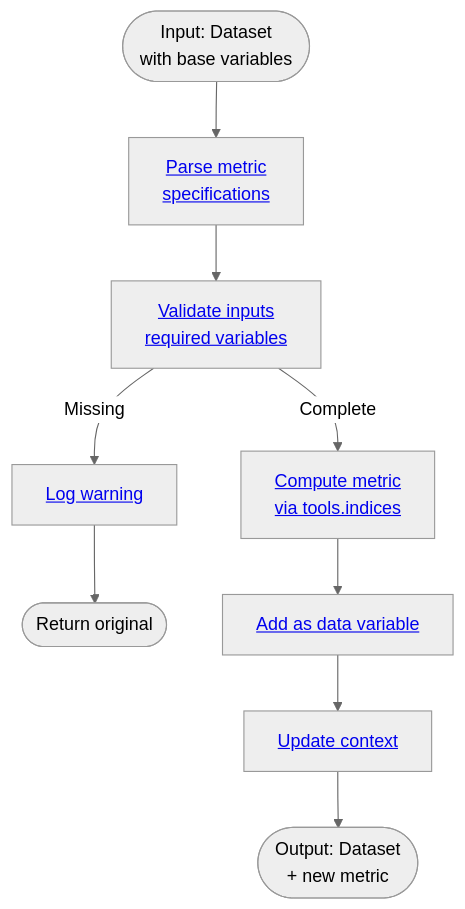
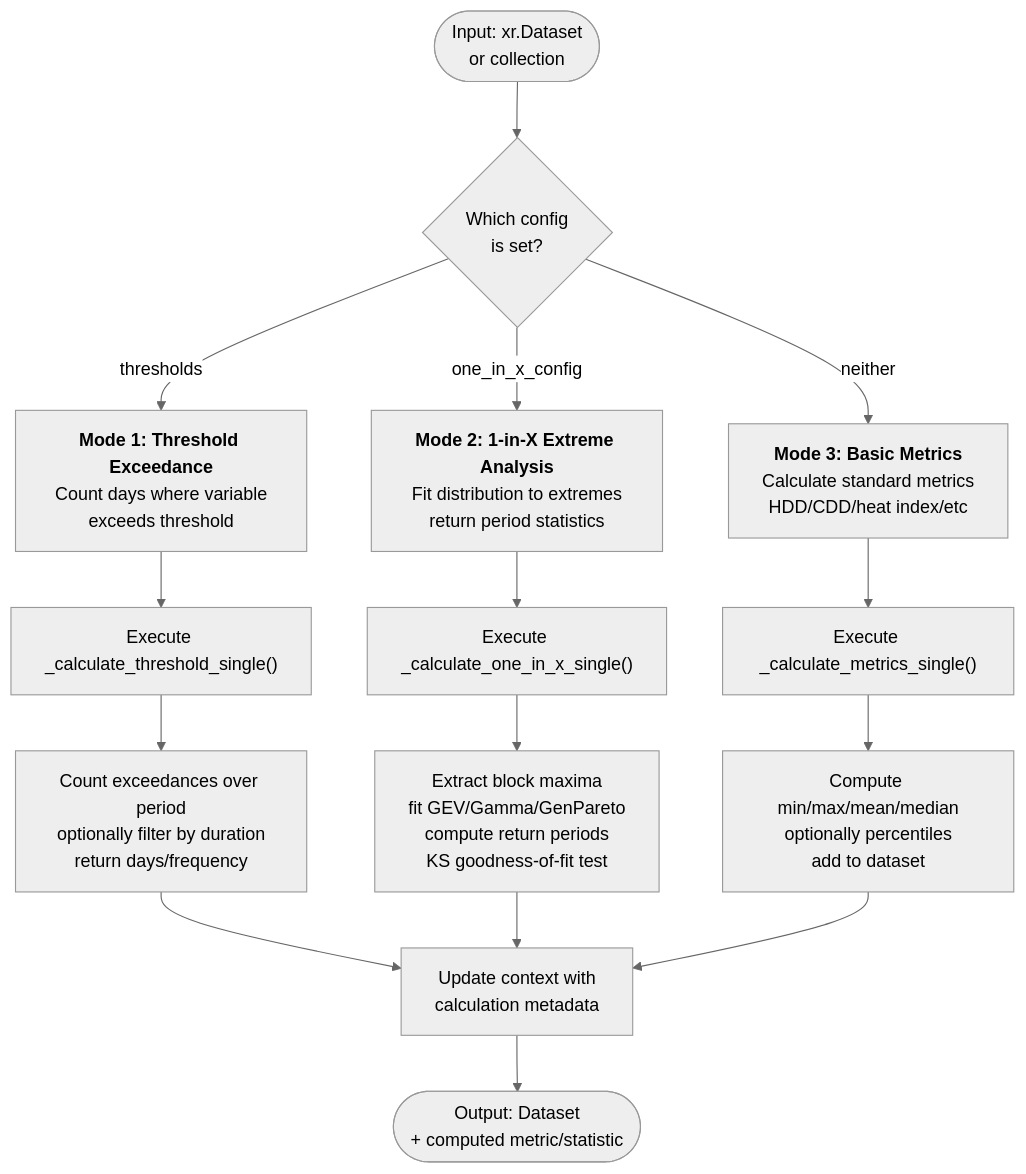
One commit to cal-adapt/climakitae changed the diagram in docs-mkdocs/new-core/processors/metric_calc.md. Above: the diagram before and after it, drawn with Mermaid (neutral theme). The commit also changed other lines of this file and 2 other files, not shown here.

````diff
--- a/docs-mkdocs/new-core/processors/metric_calc.md
+++ b/docs-mkdocs/new-core/processors/metric_calc.md
@@ -9,16 +11,30 @@
 ```mermaid
 flowchart TD
-    Start([Input: Dataset<br/>with base variables]) --> Parse["<a href='https://github.com/cal-adapt/climakitae/blob/main/climakitae/new_core/processors/metric_calc.py#L60'>Parse metric<br/>specifications</a>"]
+    Start([Input: xr.Dataset<br/>or collection]) --> Route{Which config<br/>is set?}
     
-    Parse --> Validate["<a href='https://github.com/cal-adapt/climakitae/blob/main/climakitae/new_core/processors/metric_calc.py#L75'>Validate inputs<br/>required variables</a>"]
+    Route -->|thresholds| ThreshMode["<strong>Mode 1: Threshold Exceedance</strong><br/>Count days where variable<br/>exceeds threshold"]
+    Route -->|one_in_x_config| ExtremeMode["<strong>Mode 2: 1-in-X Extreme Analysis</strong><br/>Fit distribution to extremes<br/>return period statistics"]
+    Route -->|neither| MetricMode["<strong>Mode 3: Basic Metrics</strong><br/>Calculate standard metrics<br/>HDD/CDD/heat index/etc"]
     
-    Validate -->|Missing| Warn["<a href='https://github.com/cal-adapt/climakitae/blob/main/climakitae/new_core/processors/metric_calc.py#L85'>Log warning</a>"]
-    Validate -->|Complete| Compute["<a href='https://github.com/cal-adapt/climakitae/blob/main/climakitae/new_core/processors/metric_calc.py#L95'>Compute metric<br/>via tools.indices</a>"]
+    ThreshMode --> ThreshExec["Execute _calculate_threshold_single()"]
+    ExtremeMode --> ExtremeExec["Execute _calculate_one_in_x_single()"]
+    MetricMode --> MetricExec["Execute _calculate_metrics_single()"]
     
-    Warn --> End1([Return original])
-    Compute --> Add["<a href='https://github.com/cal-adapt/climakitae/blob/main/climakitae/new_core/processors/metric_calc.py#L110'>Add as data variable</a>"]
+    ThreshExec --> ThreshDetail["Count exceedances over period<br/>optionally filter by duration<br/>return days/frequency"]
+    ExtremeExec --> ExtremeDetail["Extract block maxima<br/>fit GEV/Gamma/GenPareto<br/>compute return periods<br/>KS goodness-of-fit test"]
+    MetricExec --> MetricDetail["Compute min/max/mean/median<br/>optionally percentiles<br/>add to dataset"]
     
-    Add --> UpdateCtx["<a href='https://github.com/cal-adapt/climakitae/blob/main/climakitae/new_core/processors/metric_calc.py#L120'>Update context</a>"]
+    ThreshDetail --> UpdateCtx["Update context with<br/>calculation metadata"]
+    ExtremeDetail --> UpdateCtx
+    MetricDetail --> UpdateCtx
     
-    UpdateCtx --> End2([Output: Dataset<br/>+ new metric])
+    UpdateCtx --> End([Output: Dataset<br/>+ computed metric/statistic])
+    
+    click Route "https://github.com/cal-adapt/climakitae/blob/main/climakitae/new_core/processors/metric_calc.py#L330" "Mode selection branching"
+    click ThreshMode "https://github.com/cal-adapt/climakitae/blob/main/climakitae/new_core/processors/metric_calc.py#L520" "Threshold exceedance logic"
+    click ExtremeMode "https://github.com/cal-adapt/climakitae/blob/main/climakitae/new_core/processors/metric_calc.py#L600" "One-in-X extreme value analysis"
+    click MetricMode "https://github.com/cal-adapt/climakitae/blob/main/climakitae/new_core/processors/metric_calc.py#L370" "Basic metric calculation"
+    click ThreshExec "https://github.com/cal-adapt/climakitae/blob/main/climakitae/new_core/processors/metric_calc.py#L520" "_calculate_threshold_single"
+    click ExtremeExec "https://github.com/cal-adapt/climakitae/blob/main/climakitae/new_core/processors/metric_calc.py#L600" "_calculate_one_in_x_single"
+    click MetricExec "https://github.com/cal-adapt/climakitae/blob/main/climakitae/new_core/processors/metric_calc.py#L370" "_calculate_metrics_single"
 ```
````
